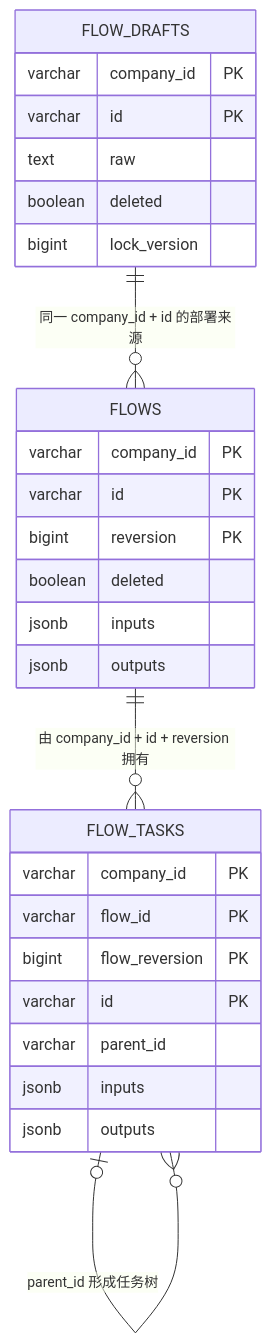
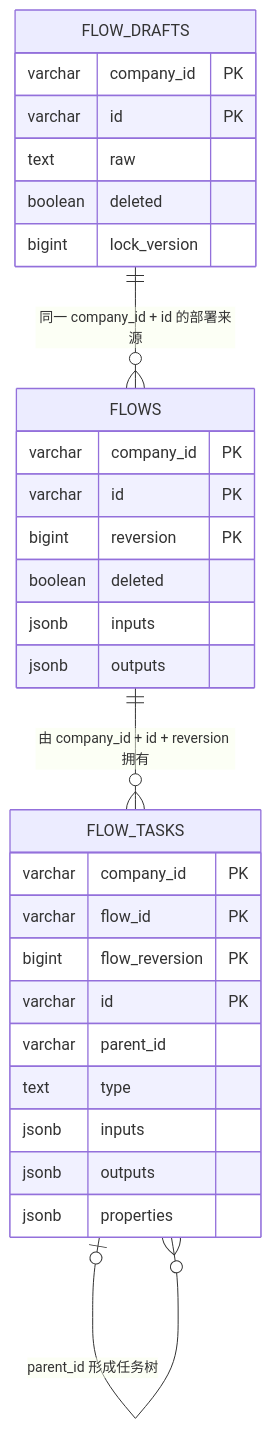
One commit to Eiddy5/flow changed the diagram in docs/harness/postgresql-repositories.md. Above: the diagram before and after it, drawn with Mermaid. The commit also changed other lines of this file and 220 other files, not shown here.

````diff
--- a/docs/harness/postgresql-repositories.md
+++ b/docs/harness/postgresql-repositories.md
@@ -10,33 +10,35 @@
 ```mermaid
 erDiagram
     FLOW_DRAFTS ||--o{ FLOWS : "同一 company_id + id 的部署来源"
     FLOWS ||--o{ FLOW_TASKS : "由 company_id + id + reversion 拥有"
     FLOW_TASKS o|--o{ FLOW_TASKS : "parent_id 形成任务树"
 
     FLOW_DRAFTS {
         varchar company_id PK
         varchar id PK
         text raw
         boolean deleted
         bigint lock_version
     }
 
     FLOWS {
         varchar company_id PK
         varchar id PK
         bigint reversion PK
         boolean deleted
         jsonb inputs
         jsonb outputs
     }
 
     FLOW_TASKS {
         varchar company_id PK
         varchar flow_id PK
         bigint flow_reversion PK
         varchar id PK
         varchar parent_id
+        text type
         jsonb inputs
         jsonb outputs
+        jsonb properties
     }
 ```
````
